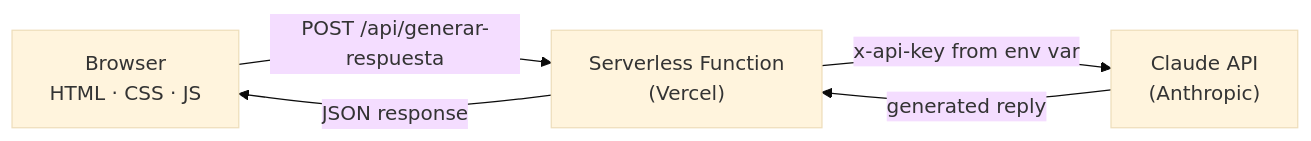
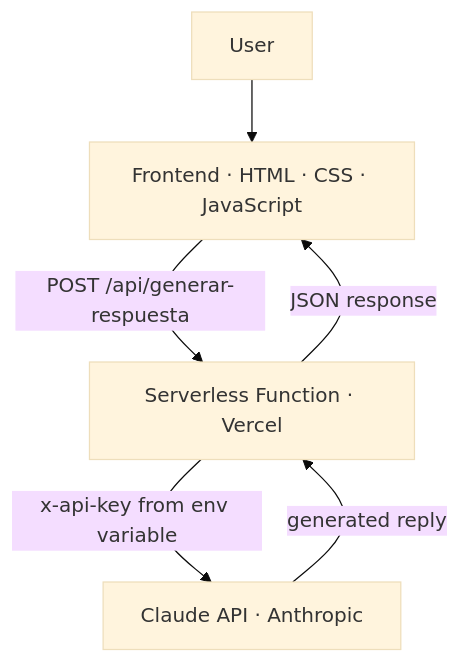
Before and after one commit to emilianohsierra/Asistente-Virtual: the diagram in README.md, drawn with Mermaid (base theme). The commit also changed other lines of this file and 5 other files, not shown here.

````diff
--- a/README.md
+++ b/README.md
@@ -32,7 +57,8 @@
 ```mermaid
-flowchart LR
-    A["Browser<br/>HTML · CSS · JS"] -->|"POST /api/generar-respuesta"| B["Serverless Function<br/>(Vercel)"]
-    B -->|"x-api-key from env var"| C["Claude API<br/>(Anthropic)"]
-    C -->|"generated reply"| B
-    B -->|"JSON response"| A
+flowchart TD
+    A[User] --> B[Frontend · HTML · CSS · JavaScript]
+    B -->|POST /api/generar-respuesta| C[Serverless Function · Vercel]
+    C -->|x-api-key from env variable| D[Claude API · Anthropic]
+    D -->|generated reply| C
+    C -->|JSON response| B
 ```
````
